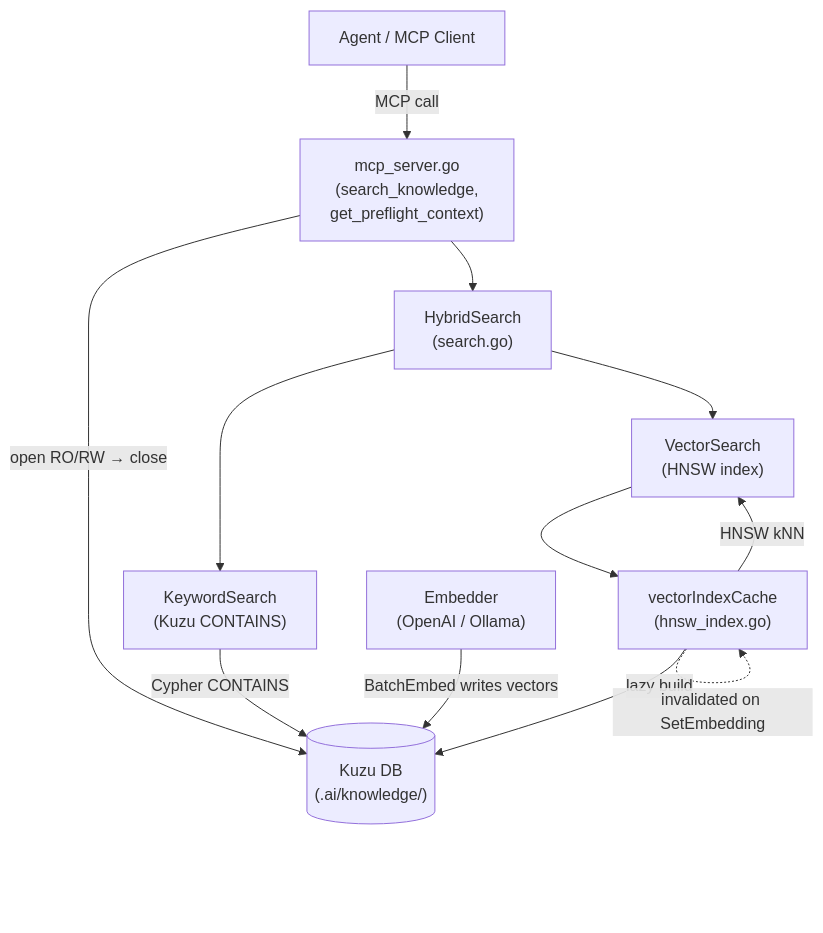
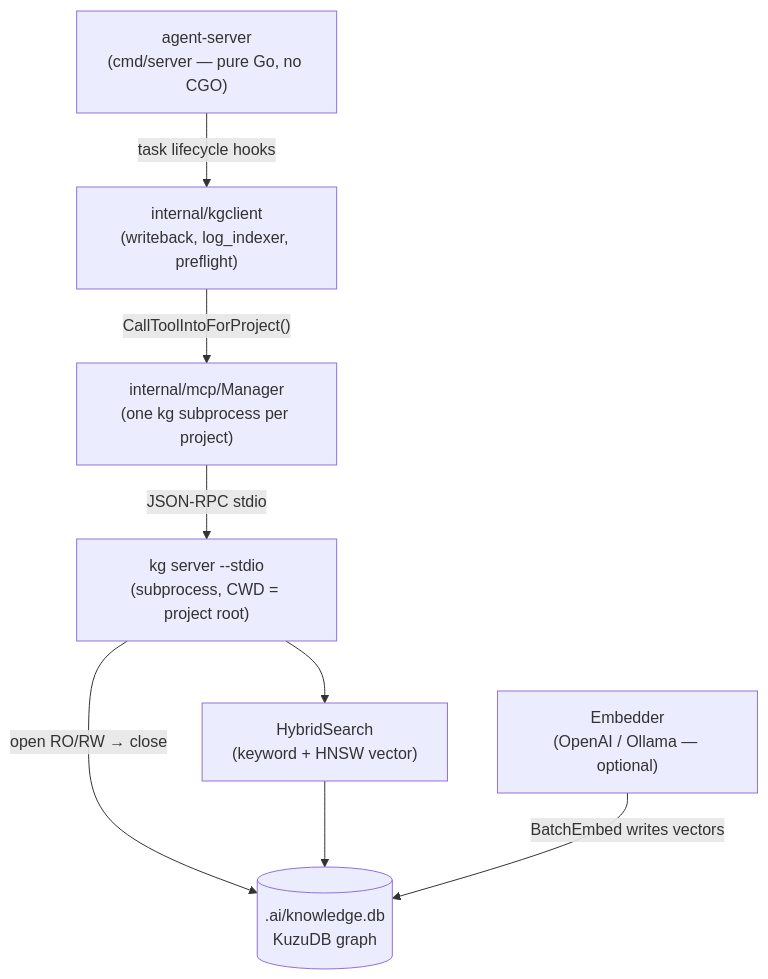
One commit to Cortexa-LLC/ai-pack changed the second of 6 diagrams in docs/architecture/knowledge-graph.md. Above: the diagram before and after it, drawn with Mermaid. The commit also changed other lines of this file and 1 other file, not shown here.

First line of the commit message:
docs: update kg architecture and ADR-003 to reflect standalone extraction

````diff
--- a/docs/architecture/knowledge-graph.md
+++ b/docs/architecture/knowledge-graph.md
@@ -73,23 +144,18 @@
 ```mermaid
 graph TD
-    Agent["Agent / MCP Client"]
-    MCP["mcp_server.go\n(search_knowledge,\nget_preflight_context)"]
-    Hybrid["HybridSearch\n(search.go)"]
-    KW["KeywordSearch\n(Kuzu CONTAINS)"]
-    VS["VectorSearch\n(HNSW index)"]
-    HNSW["vectorIndexCache\n(hnsw_index.go)"]
-    Kuzu[("Kuzu DB\n(.ai/knowledge/)")]
-    Embed["Embedder\n(OpenAI / Ollama)"]
+    Server["agent-server\n(cmd/server — pure Go, no CGO)"]
+    KGClient["internal/kgclient\n(writeback, log_indexer, preflight)"]
+    MCPMgr["internal/mcp/Manager\n(one kg subprocess per project)"]
+    KGProc["kg server --stdio\n(subprocess, CWD = project root)"]
+    DB[(".ai/knowledge.db\nKuzuDB graph")]
+    Hybrid["HybridSearch\n(keyword + HNSW vector)"]
+    Embed["Embedder\n(OpenAI / Ollama — optional)"]
 
-    Agent -->|"MCP call"| MCP
-    MCP -->|"open RO/RW → close"| Kuzu
-    MCP --> Hybrid
-    Hybrid --> KW
-    Hybrid --> VS
-    KW -->|"Cypher CONTAINS"| Kuzu
-    VS --> HNSW
-    HNSW -->|"lazy build"| Kuzu
-    HNSW -->|"HNSW kNN"| VS
-    Embed -->|"BatchEmbed writes vectors"| Kuzu
-    HNSW -.->|"invalidated on SetEmbedding"| HNSW
+    Server -->|"task lifecycle hooks"| KGClient
+    KGClient -->|"CallToolIntoForProject()"| MCPMgr
+    MCPMgr -->|"JSON-RPC stdio"| KGProc
+    KGProc -->|"open RO/RW → close"| DB
+    KGProc --> Hybrid
+    Hybrid --> DB
+    Embed -->|"BatchEmbed writes vectors"| DB
 ```
````
